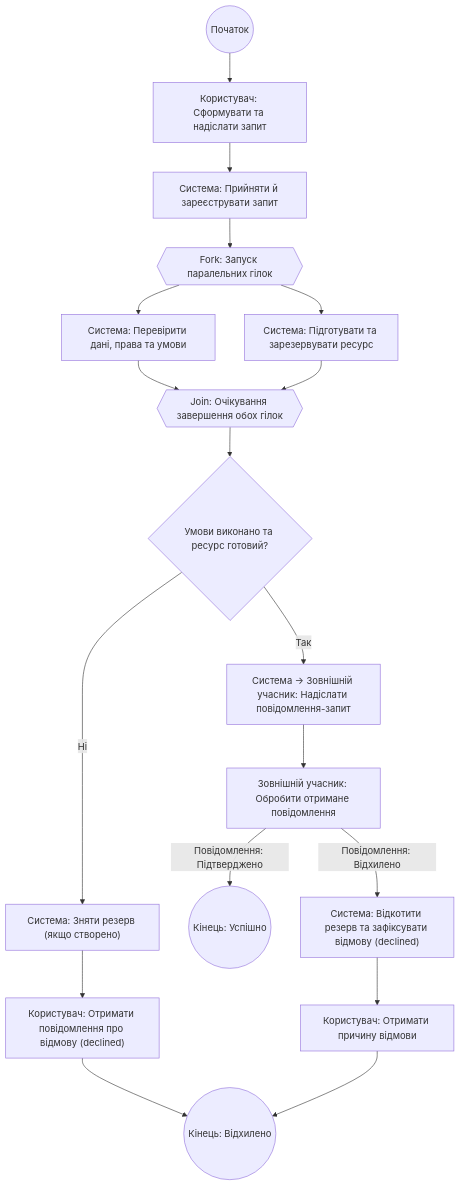
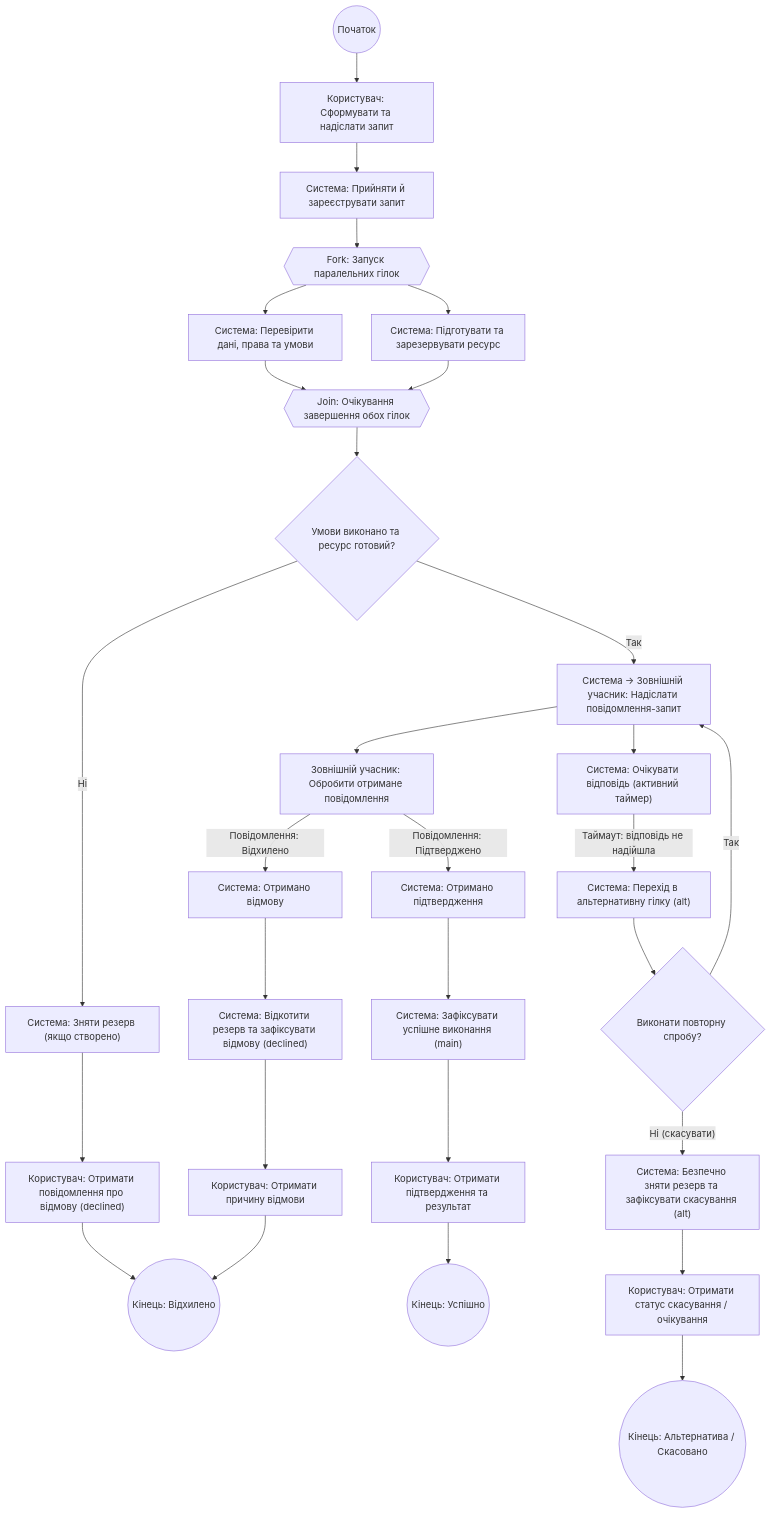
The diagram in lab4/model.md (fntksnd11/-Requirements-Modeling-and-Analysis), drawn with Mermaid before and after one commit.

Commit message:
Enhance model flow with external process handling

````diff
--- a/lab4/model.md
+++ b/lab4/model.md
@@ -3,24 +3,40 @@
 ```mermaid
 flowchart TD
     Start((Початок)) --> U1["Користувач: Сформувати та надіслати запит"]
     U1 --> S1["Система: Прийняти й зареєструвати запит"]
 
     S1 --> Fork1{{"Fork: Запуск паралельних гілок"}}
     Fork1 --> P1["Система: Перевірити дані, права та умови"]
     Fork1 --> P2["Система: Підготувати та зарезервувати ресурс"]
 
     P1 --> Join1{{"Join: Очікування завершення обох гілок"}}
     P2 --> Join1
 
     Join1 --> Dec1{"Умови виконано та ресурс готовий?"}
+
     Dec1 -- "Ні" --> Roll1["Система: Зняти резерв (якщо створено)"]
     Roll1 --> U_Dec1["Користувач: Отримати повідомлення про відмову (declined)"]
     U_Dec1 --> End_Declined((Кінець: Відхилено))
 
     Dec1 -- "Так" --> SendMsg["Система -> Зовнішній учасник: Надіслати повідомлення-запит"]
     SendMsg --> ExtProc["Зовнішній учасник: Обробити отримане повідомлення"]
-    ExtProc -- "Повідомлення: Підтверджено" --> End_Main((Кінець: Успішно))
-    ExtProc -- "Повідомлення: Відхилено" --> Roll2["Система: Відкотити резерв та зафіксувати відмову (declined)"]
+    SendMsg --> TimerWait["Система: Очікувати відповідь (активний таймер)"]
+
+    ExtProc -- "Повідомлення: Підтверджено" --> MsgOk["Система: Отримано підтвердження"]
+    ExtProc -- "Повідомлення: Відхилено" --> MsgDeclined["Система: Отримано відмову"]
+    TimerWait -- "Таймаут: відповідь не надійшла" --> AltStart["Система: Перехід в альтернативну гілку (alt)"]
+
+    MsgOk --> CommitMain["Система: Зафіксувати успішне виконання (main)"]
+    CommitMain --> U_Main["Користувач: Отримати підтвердження та результат"]
+    U_Main --> End_Main((Кінець: Успішно))
+
+    MsgDeclined --> Roll2["Система: Відкотити резерв та зафіксувати відмову (declined)"]
     Roll2 --> U_Dec2["Користувач: Отримати причину відмови"]
     U_Dec2 --> End_Declined
+
+    AltStart --> AltRetry{"Виконати повторну спробу?"}
+    AltRetry -- "Так" --> SendMsg
+    AltRetry -- "Ні (скасувати)" --> Roll3["Система: Безпечно зняти резерв та зафіксувати скасування (alt)"]
+    Roll3 --> U_Alt["Користувач: Отримати статус скасування / очікування"]
+    U_Alt --> EndAlt((Кінець: Альтернатива / Скасовано))
 ```
````
